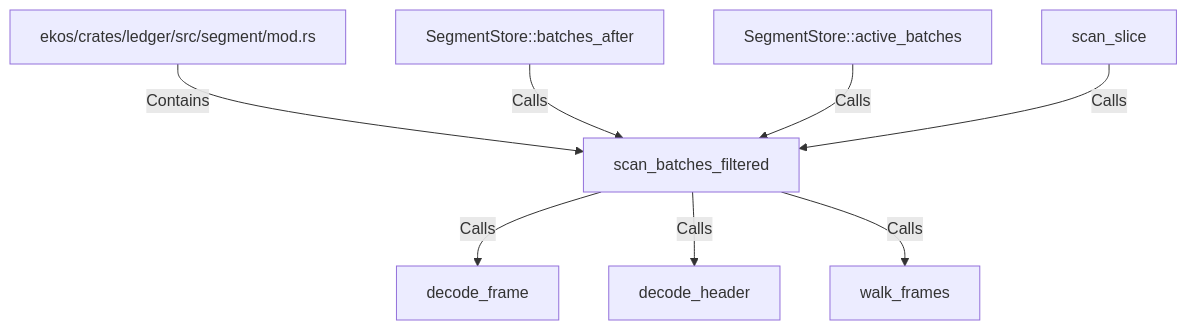
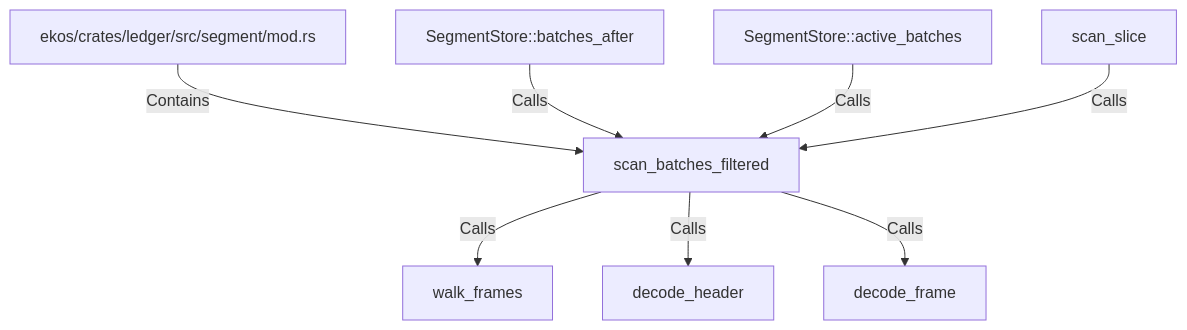
One commit to alexeyban/EKOS changed the diagram in doc/entities/rustsymbol/sc/scan-batches-filtered.md. Above: the diagram before and after it, drawn with Mermaid. The commit also changed other lines of this file and 552 other files, not shown here.

````diff
--- a/doc/entities/rustsymbol/sc/scan-batches-filtered.md
+++ b/doc/entities/rustsymbol/sc/scan-batches-filtered.md
@@ -26,18 +26,18 @@
 ```mermaid
 graph TD
     ncefece1535d7567a889d48edf2ee6fe1["scan_batches_filtered"]
     n80a64e0ab0ac51dfb3be128cddd1cc83["ekos/crates/ledger/src/segment/mod.rs"]
     n80a64e0ab0ac51dfb3be128cddd1cc83 -->|Contains| ncefece1535d7567a889d48edf2ee6fe1
     necc4c700b5375187a5a9ee023b1d6bf4["SegmentStore::batches_after"]
     necc4c700b5375187a5a9ee023b1d6bf4 -->|Calls| ncefece1535d7567a889d48edf2ee6fe1
     n4129d5a04d0d52d4a36eea91694c7f1f["SegmentStore::active_batches"]
     n4129d5a04d0d52d4a36eea91694c7f1f -->|Calls| ncefece1535d7567a889d48edf2ee6fe1
     nff90a0b45f4558afbb522dbcb2df5ccc["scan_slice"]
     nff90a0b45f4558afbb522dbcb2df5ccc -->|Calls| ncefece1535d7567a889d48edf2ee6fe1
+    n630f07e4a40759c6bdb6e7ed592a703b["walk_frames"]
+    ncefece1535d7567a889d48edf2ee6fe1 -->|Calls| n630f07e4a40759c6bdb6e7ed592a703b
+    nc0caddb822785f35b313f93159e56dbf["decode_header"]
+    ncefece1535d7567a889d48edf2ee6fe1 -->|Calls| nc0caddb822785f35b313f93159e56dbf
     nac39fcb49dc0595daf9bbce1eb69f50c["decode_frame"]
     ncefece1535d7567a889d48edf2ee6fe1 -->|Calls| nac39fcb49dc0595daf9bbce1eb69f50c
-    nc0caddb822785f35b313f93159e56dbf["decode_header"]
-    ncefece1535d7567a889d48edf2ee6fe1 -->|Calls| nc0caddb822785f35b313f93159e56dbf
-    n630f07e4a40759c6bdb6e7ed592a703b["walk_frames"]
-    ncefece1535d7567a889d48edf2ee6fe1 -->|Calls| n630f07e4a40759c6bdb6e7ed592a703b
 ```
````
